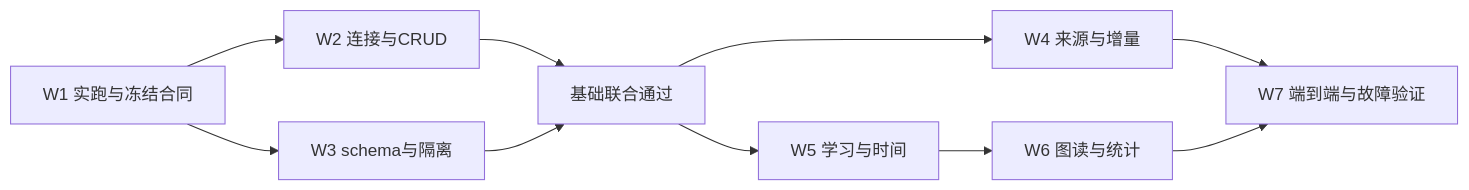
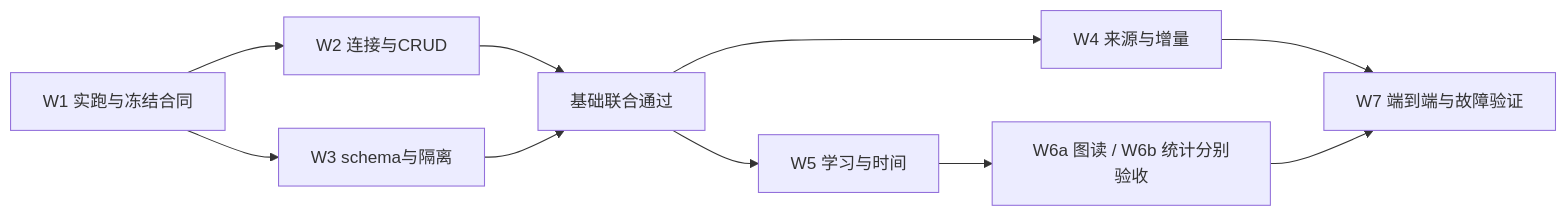
Before and after one commit to stefanv5/memory-platform-architecture: the eighth of 8 diagrams in docs/cognee/graph-storage-postgres-analysis.md, drawn with Mermaid. The commit also changed other lines of this file, not shown here.

````diff
--- a/docs/cognee/graph-storage-postgres-analysis.md
+++ b/docs/cognee/graph-storage-postgres-analysis.md
@@ -1301,12 +1370,12 @@
 ```mermaid
 flowchart LR
     P[W1 实跑与冻结合同] --> A[W2 连接与CRUD]
     P --> B[W3 schema与隔离]
     A --> S[基础联合通过]
     B --> S
     S --> C[W4 来源与增量]
     S --> D[W5 学习与时间]
-    D --> E[W6 图读与统计]
+    D --> E[W6a 图读 / W6b 统计分别验收]
     C --> I[W7 端到端与故障验证]
     E --> I
 ```
````
